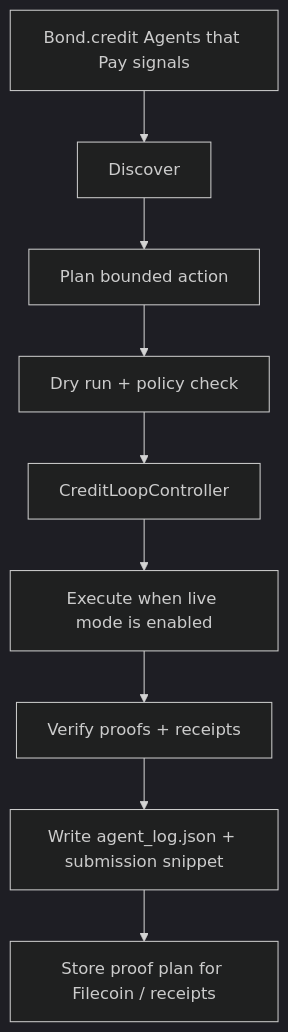
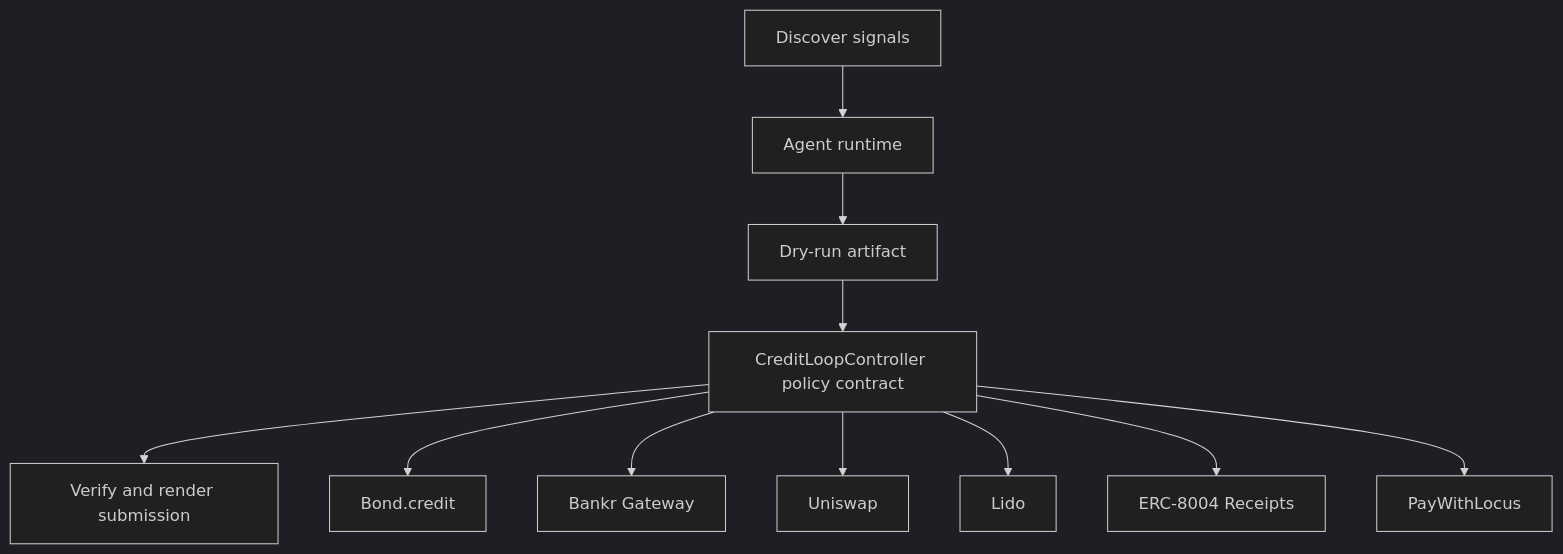
The diagram in docs/architecture.mmd (CrystallineButterfly/Synthesis-BondCredit), drawn with Mermaid (dark theme) before and after one commit. The commit also changed 998 other files, not shown here.

Commit message:
Implement bounded agent runtime

```diff
--- a/docs/architecture.mmd
+++ b/docs/architecture.mmd
@@ -1,9 +1,13 @@
 flowchart TD
-    Signals[Bond.credit Agents that Pay signals] --> Discover[Discover]
-    Discover --> Plan[Plan bounded action]
-    Plan --> DryRun[Dry run + policy check]
-    DryRun --> Guard[CreditLoopController]
-    Guard --> Execute[Execute when live mode is enabled]
-    Execute --> Verify[Verify proofs + receipts]
-    Verify --> Persist[Write agent_log.json + submission snippet]
-    Persist --> Storage[Store proof plan for Filecoin / receipts]
+    Signals[Discover signals]
+    Planner[Agent runtime]
+    DryRun[Dry-run artifact]
+    Contract[CreditLoopController policy contract]
+    Verify[Verify and render submission]
+    Signals --> Planner --> DryRun --> Contract --> Verify
+    Contract --> bond_credit[Bond.credit]
+    Contract --> bankr_gateway[Bankr Gateway]
+    Contract --> uniswap[Uniswap]
+    Contract --> lido[Lido]
+    Contract --> erc_8004_receipts[ERC-8004 Receipts]
+    Contract --> paywithlocus[PayWithLocus]
```
